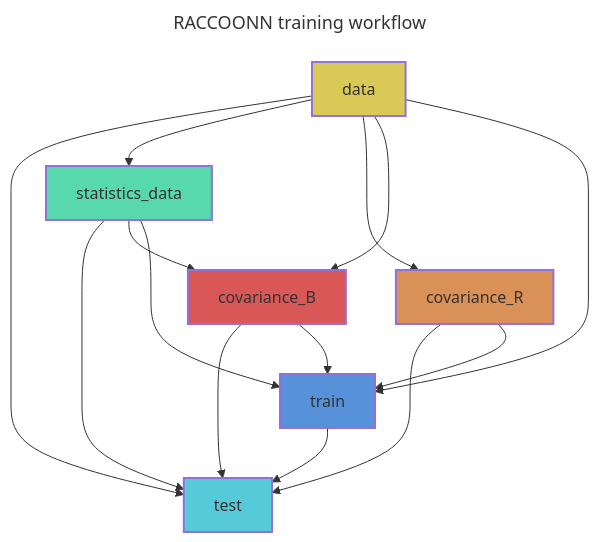
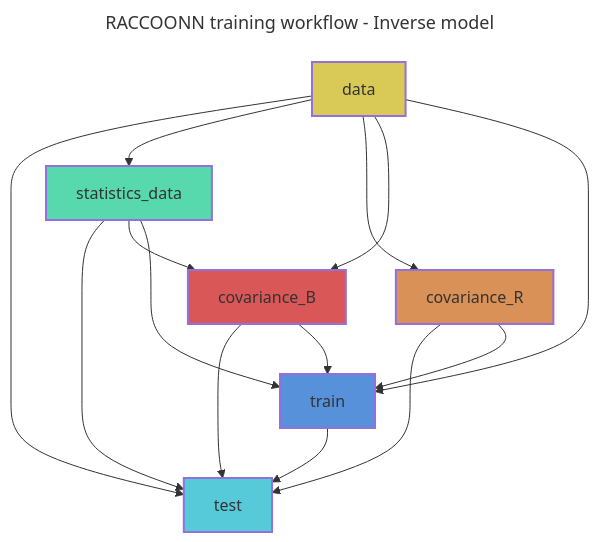
The diagram in README.md (tremblaybenoit/RACCOONN), drawn with Mermaid before and after one commit. The commit also changed other lines of this file and 1 other file, not shown here.

````diff
--- a/README.md
+++ b/README.md
@@ -40,31 +42,31 @@
 ```mermaid
 ---
-title: RACCOONN training workflow
+title: RACCOONN training workflow - Inverse model
 ---
 flowchart TB
 	id0[test]
 	id1[data]
 	id2[statistics_data]
 	id3[covariance_R]
 	id4[covariance_B]
 	id5[train]
 	style id0 fill:#57CAD9,stroke-width:2px,color:#333333
 	style id1 fill:#D9CA57,stroke-width:2px,color:#333333
 	style id2 fill:#57D9AD,stroke-width:2px,color:#333333
 	style id3 fill:#D99157,stroke-width:2px,color:#333333
 	style id4 fill:#D95757,stroke-width:2px,color:#333333
 	style id5 fill:#5791D9,stroke-width:2px,color:#333333
 	id5 --> id0
 	id3 --> id0
 	id1 --> id0
 	id2 --> id0
 	id4 --> id0
 	id1 --> id2
 	id1 --> id3
 	id1 --> id4
 	id2 --> id4
 	id1 --> id5
 	id2 --> id5
 	id3 --> id5
 	id4 --> id5
 ```
````
